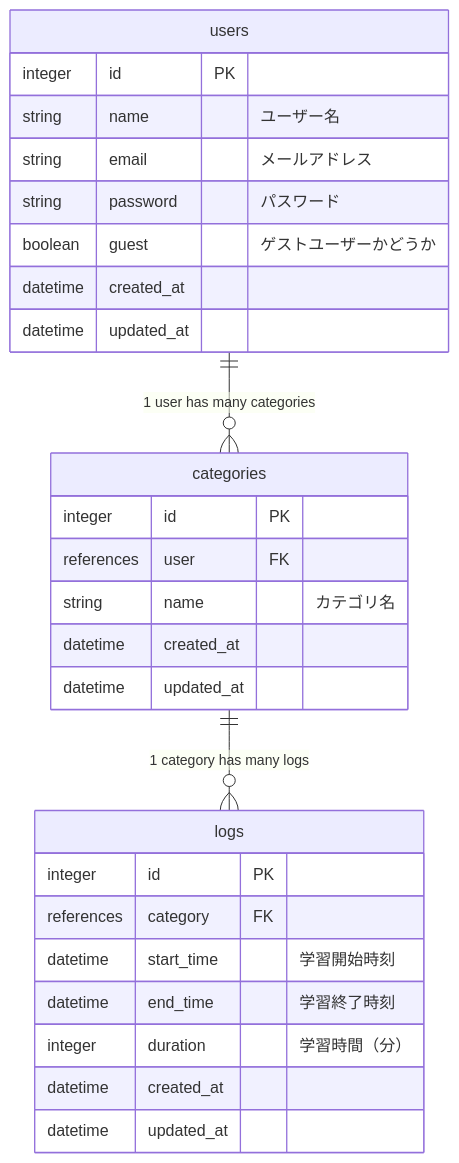
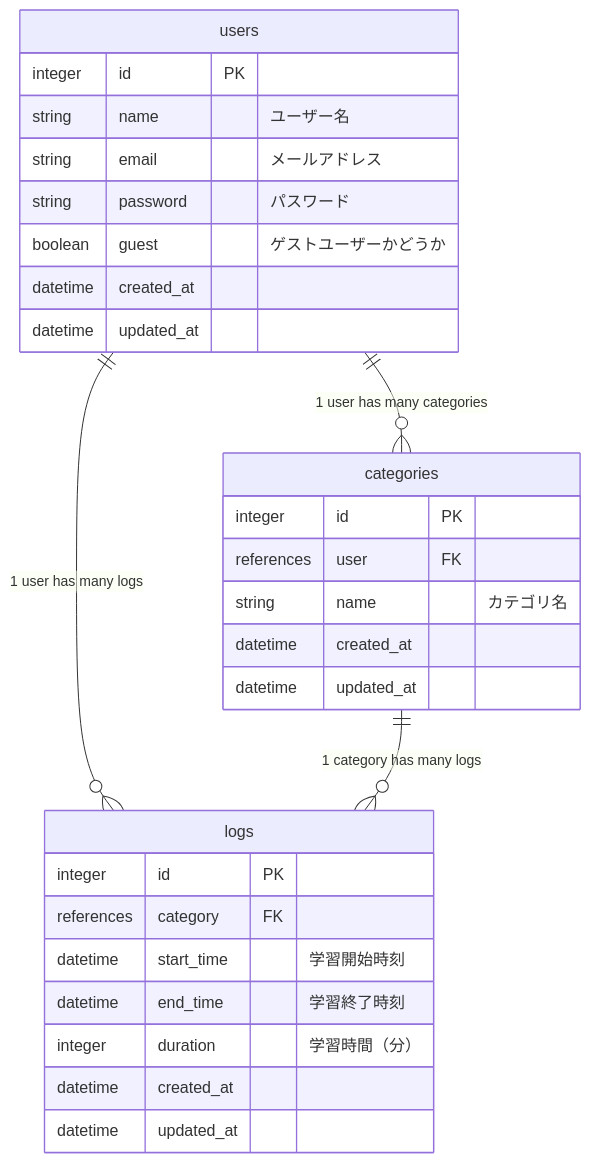
Before and after one commit to 19991126kai/daylog: the diagram in README.md, drawn with Mermaid.

Commit message:
ER図の関連を修正

````diff
--- a/README.md
+++ b/README.md
@@ -64,33 +64,34 @@
 ```mermaid
 erDiagram
   users ||--o{ categories : "1 user has many categories"
+  users ||--o{ logs: "1 user has many logs"
   categories ||--o{ logs: "1 category has many logs"
 
   users {
     integer id PK
     string name "ユーザー名"
     string email "メールアドレス"
     string password "パスワード"
     boolean guest "ゲストユーザーかどうか"
     datetime created_at
     datetime updated_at
   }
 
   categories {
     integer id PK
     references user FK
     string name "カテゴリ名"
     datetime created_at
     datetime updated_at
   }
 
   logs {
     integer id PK
     references category FK
     datetime start_time "学習開始時刻"
     datetime end_time "学習終了時刻"
     integer duration "学習時間（分）"
     datetime created_at
     datetime updated_at
   }
 ```
````
